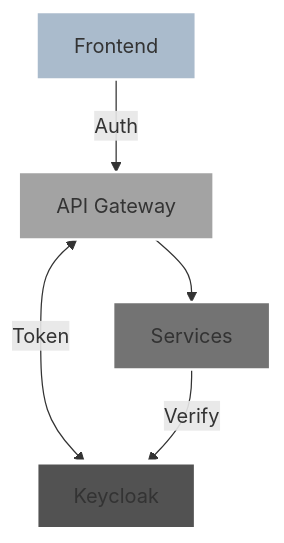
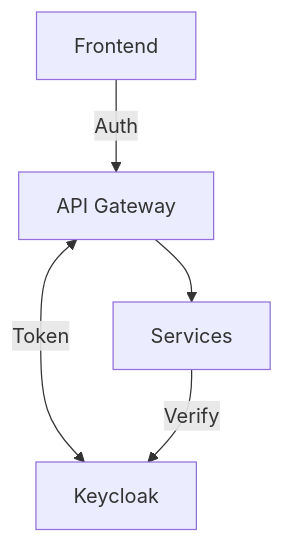
The third of 3 diagrams in blog-post.md (Iteam1337/poc-sso), drawn with Mermaid before and after one commit. The commit also changed other lines of this file and 1 other file, not shown here.

Commit message:
style: Remove custom colors from Mermaid charts

````diff
--- a/blog-post.md
+++ b/blog-post.md
@@ -276,12 +268,7 @@
 ```mermaid
 graph TD
     A[Frontend] -->|Auth| B[API Gateway]
     B <-->|Token| K[Keycloak]
     B --> C[Services]
     C -->|Verify| K
-
-    style A fill:#aabbcc,stroke:#ffffff,stroke-width:2px
-    style B fill:#a3a3a3,stroke:#ffffff,stroke-width:2px
-    style K fill:#525252,stroke:#ffffff,stroke-width:4px
-    style C fill:#737373,stroke:#ffffff,stroke-width:2px
 ```
````
